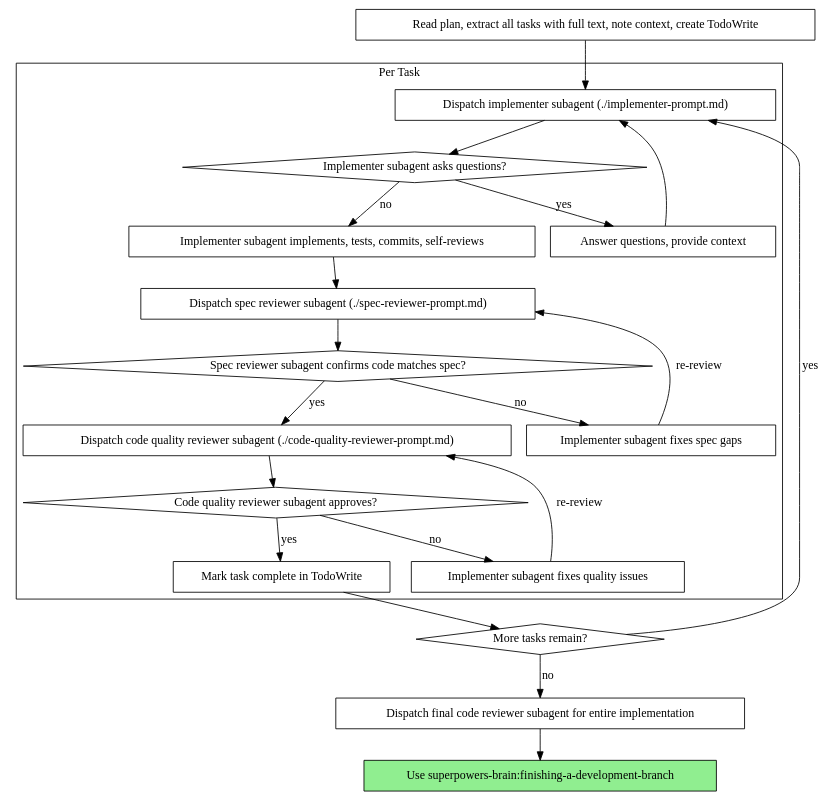
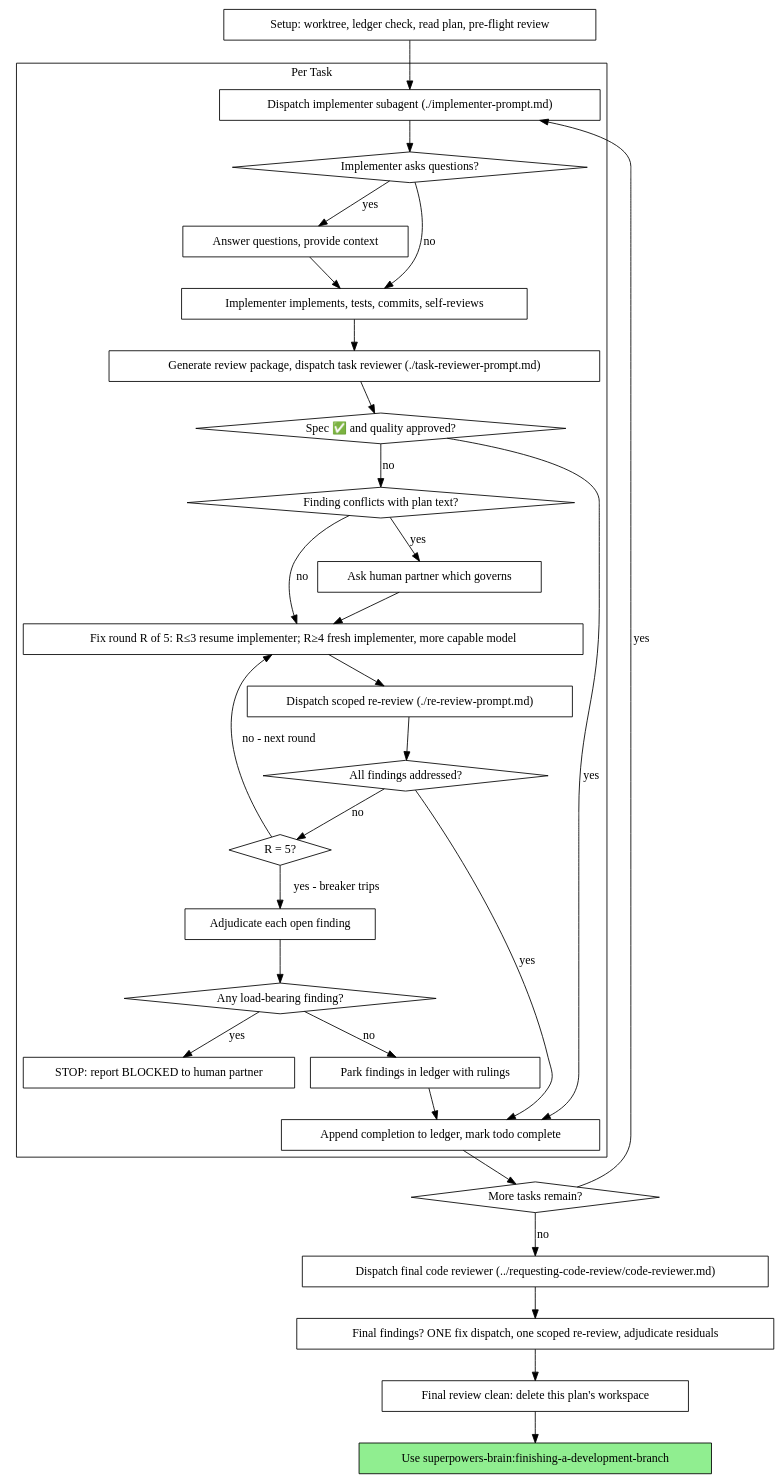
Before and after one commit to Rob-Morris/agent-skills: the second of 2 diagrams in superpowers-brain/subagent-driven-development/SKILL.md, drawn with Graphviz. The commit also changed other lines of this file and 43 other files, not shown here.

Commit message:
Sync superpowers-brain to upstream v6.2.0 (Brain-adapted)

````diff
--- a/superpowers-brain/subagent-driven-development/SKILL.md
+++ b/superpowers-brain/subagent-driven-development/SKILL.md
@@ -46,44 +47,62 @@
 ```dot
 digraph process {
     rankdir=TB;
 
     subgraph cluster_per_task {
         label="Per Task";
         "Dispatch implementer subagent (./implementer-prompt.md)" [shape=box];
-        "Implementer subagent asks questions?" [shape=diamond];
+        "Implementer asks questions?" [shape=diamond];
         "Answer questions, provide context" [shape=box];
-        "Implementer subagent implements, tests, commits, self-reviews" [shape=box];
-        "Dispatch spec reviewer subagent (./spec-reviewer-prompt.md)" [shape=box];
-        "Spec reviewer subagent confirms code matches spec?" [shape=diamond];
-        "Implementer subagent fixes spec gaps" [shape=box];
-        "Dispatch code quality reviewer subagent (./code-quality-reviewer-prompt.md)" [shape=box];
-        "Code quality reviewer subagent approves?" [shape=diamond];
-        "Implementer subagent fixes quality issues" [shape=box];
-        "Mark task complete in TodoWrite" [shape=box];
+        "Implementer implements, tests, commits, self-reviews" [shape=box];
+        "Generate review package, dispatch task reviewer (./task-reviewer-prompt.md)" [shape=box];
+        "Spec ✅ and quality approved?" [shape=diamond];
+        "Finding conflicts with plan text?" [shape=diamond];
+        "Ask human partner which governs" [shape=box];
+        "Fix round R of 5: R≤3 resume implementer; R≥4 fresh implementer, more capable model" [shape=box];
+        "Dispatch scoped re-review (./re-review-prompt.md)" [shape=box];
+        "All findings addressed?" [shape=diamond];
+        "R = 5?" [shape=diamond];
+        "Adjudicate each open finding" [shape=box];
+        "Any load-bearing finding?" [shape=diamond];
+        "STOP: report BLOCKED to human partner" [shape=box];
+        "Park findings in ledger with rulings" [shape=box];
+        "Append completion to ledger, mark todo complete" [shape=box];
     }
 
-    "Read plan, extract all tasks with full text, note context, create TodoWrite" [shape=box];
+    "Setup: worktree, ledger check, read plan, pre-flight review" [shape=box];
     "More tasks remain?" [shape=diamond];
-    "Dispatch final code reviewer subagent for entire implementation" [shape=box];
+    "Dispatch final code reviewer (../requesting-code-review/code-reviewer.md)" [shape=box];
+    "Final findings? ONE fix dispatch, one scoped re-review, adjudicate residuals" [shape=box];
+    "Final review clean: delete this plan's workspace" [shape=box];
     "Use superpowers-brain:finishing-a-development-branch" [shape=box style=filled fillcolor=lightgreen];
 
-    "Read plan, extract all tasks with full text, note context, create TodoWrite" -> "Dispatch implementer subagent (./implementer-prompt.md)";
-    "Dispatch implementer subagent (./implementer-prompt.md)" -> "Implementer subagent asks questions?";
-    "Implementer subagent asks questions?" -> "Answer questions, provide context" [label="yes"];
-    "Answer questions, provide context" -> "Dispatch implementer subagent (./implementer-prompt.md)";
-    "Implementer subagent asks questions?" -> "Implementer subagent implements, tests, commits, self-reviews" [label="no"];
-    "Implementer subagent implements, tests, commits, self-reviews" -> "Dispatch spec reviewer subagent (./spec-reviewer-prompt.md)";
-    "Dispatch spec reviewer subagent (./spec-reviewer-prompt.md)" -> "Spec reviewer subagent confirms code matches spec?";
-    "Spec reviewer subagent confirms code matches spec?" -> "Implementer subagent fixes spec gaps" [label="no"];
-    "Implementer subagent fixes spec gaps" -> "Dispatch spec reviewer subagent (./spec-reviewer-prompt.md)" [label="re-review"];
-    "Spec reviewer subagent confirms code matches spec?" -> "Dispatch code quality reviewer subagent (./code-quality-reviewer-prompt.md)" [label="yes"];
-    "Dispatch code quality reviewer subagent (./code-quality-reviewer-prompt.md)" -> "Code quality reviewer subagent approves?";
-    "Code quality reviewer subagent approves?" -> "Implementer subagent fixes quality issues" [label="no"];
-    "Implementer subagent fixes quality issues" -> "Dispatch code quality reviewer subagent (./code-quality-reviewer-prompt.md)" [label="re-review"];
-    "Code quality reviewer subagent approves?" -> "Mark task complete in TodoWrite" [label="yes"];
-    "Mark task complete in TodoWrite" -> "More tasks remain?";
+    "Setup: worktree, ledger check, read plan, pre-flight review" -> "Dispatch implementer subagent (./implementer-prompt.md)";
+    "Dispatch implementer subagent (./implementer-prompt.md)" -> "Implementer asks questions?";
+    "Implementer asks questions?" -> "Answer questions, provide context" [label="yes"];
+    "Answer questions, provide context" -> "Implementer implements, tests, commits, self-reviews";
+    "Implementer asks questions?" -> "Implementer implements, tests, commits, self-reviews" [label="no"];
+    "Implementer implements, tests, commits, self-reviews" -> "Generate review package, dispatch task reviewer (./task-reviewer-prompt.md)";
+    "Generate review package, dispatch task reviewer (./task-reviewer-prompt.md)" -> "Spec ✅ and quality approved?";
+    "Spec ✅ and quality approved?" -> "Append completion to ledger, mark todo complete" [label="yes"];
+    "Spec ✅ and quality approved?" -> "Finding conflicts with plan text?" [label="no"];
+    "Finding conflicts with plan text?" -> "Ask human partner which governs" [label="yes"];
+    "Ask human partner which governs" -> "Fix round R of 5: R≤3 resume implementer; R≥4 fresh implementer, more capable model";
+    "Finding conflicts with plan text?" -> "Fix round R of 5: R≤3 resume implementer; R≥4 fresh implementer, more capable model" [label="no"];
+    "Fix round R of 5: R≤3 resume implementer; R≥4 fresh implementer, more capable model" -> "Dispatch scoped re-review (./re-review-prompt.md)";
+    "Dispatch scoped re-review (./re-review-prompt.md)" -> "All findings addressed?";
+    "All findings addressed?" -> "Append completion to ledger, mark todo complete" [label="yes"];
+    "All findings addressed?" -> "R = 5?" [label="no"];
+    "R = 5?" -> "Fix round R of 5: R≤3 resume implementer; R≥4 fresh implementer, more capable model" [label="no - next round"];
+    "R = 5?" -> "Adjudicate each open finding" [label="yes - breaker trips"];
+    "Adjudicate each open finding" -> "Any load-bearing finding?";
+    "Any load-bearing finding?" -> "STOP: report BLOCKED to human partner" [label="yes"];
+    "Any load-bearing finding?" -> "Park findings in ledger with rulings" [label="no"];
+    "Park findings in ledger with rulings" -> "Append completion to ledger, mark todo complete";
+    "Append completion to ledger, mark todo complete" -> "More tasks remain?";
     "More tasks remain?" -> "Dispatch implementer subagent (./implementer-prompt.md)" [label="yes"];
-    "More tasks remain?" -> "Dispatch final code reviewer subagent for entire implementation" [label="no"];
-    "Dispatch final code reviewer subagent for entire implementation" -> "Use superpowers-brain:finishing-a-development-branch";
+    "More tasks remain?" -> "Dispatch final code reviewer (../requesting-code-review/code-reviewer.md)" [label="no"];
+    "Dispatch final code reviewer (../requesting-code-review/code-reviewer.md)" -> "Final findings? ONE fix dispatch, one scoped re-review, adjudicate residuals";
+    "Final findings? ONE fix dispatch, one scoped re-review, adjudicate residuals" -> "Final review clean: delete this plan's workspace";
+    "Final review clean: delete this plan's workspace" -> "Use superpowers-brain:finishing-a-development-branch";
 }
 ```
````
